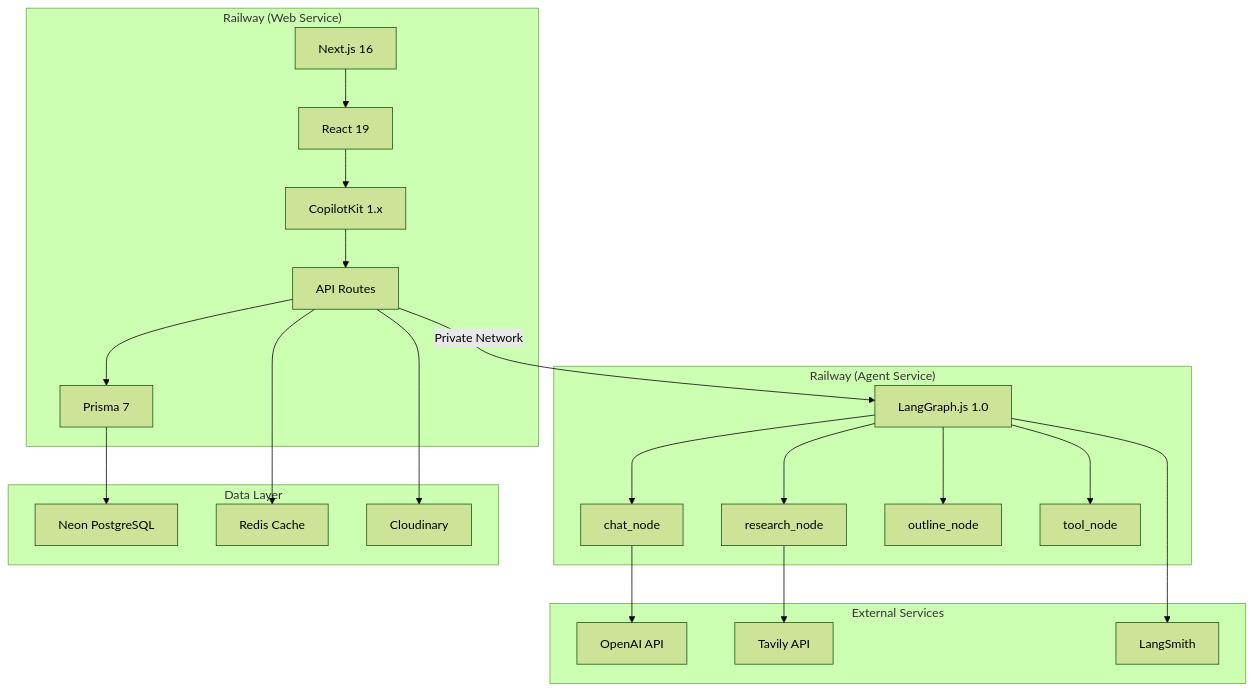
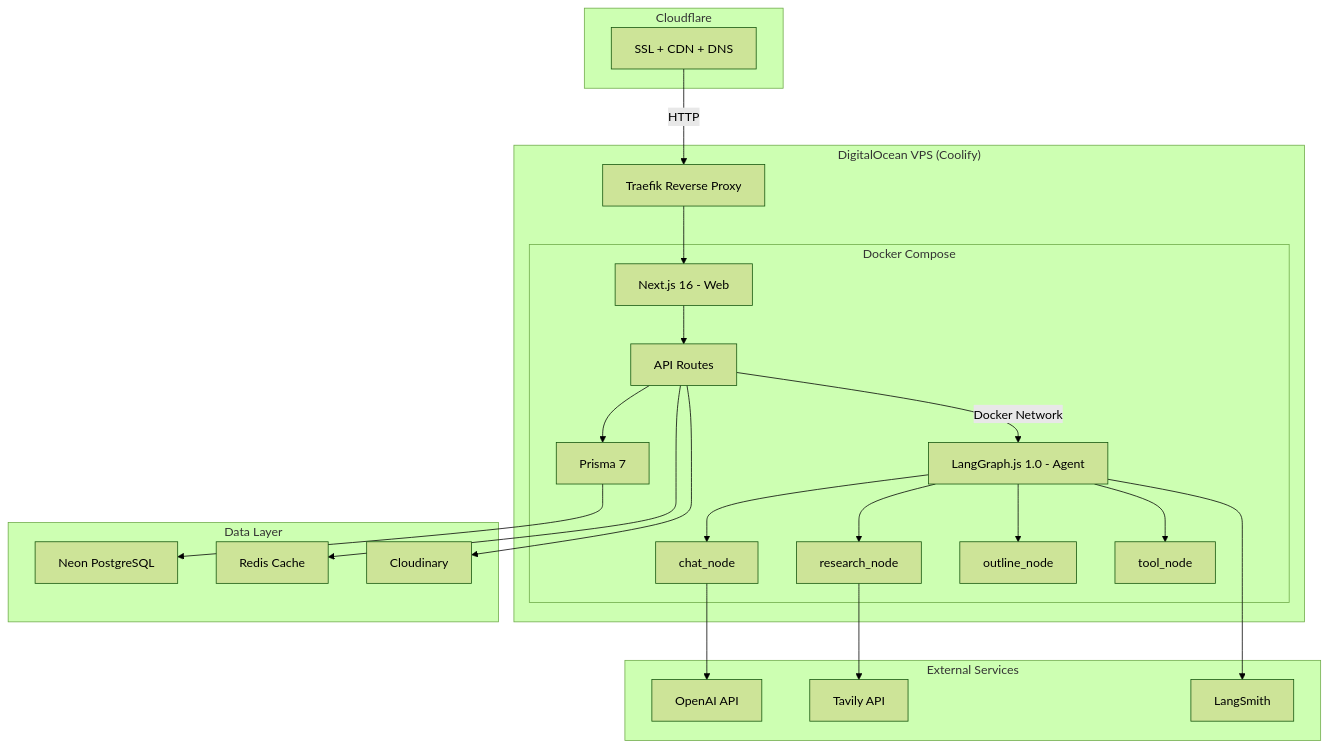
One commit to ChanMeng666/fanfic-lab changed the second of 5 diagrams in README.md. Above: the diagram before and after it, drawn with Mermaid (forest theme). The commit also changed other lines of this file and 1 other file, not shown here.

First line of the commit message:
docs: update README and CLAUDE.md for DigitalOcean + Coolify deployment

````diff
--- a/README.md
+++ b/README.md
@@ -287,36 +288,40 @@
 ```mermaid
 graph TB
-    subgraph "Railway (Web Service)"
-        A[Next.js 16] --> B[React 19]
-        B --> C[CopilotKit 1.x]
-        C --> D[API Routes]
-        D --> E[Prisma 7]
+    subgraph "Cloudflare"
+        CF[SSL + CDN + DNS]
     end
 
-    subgraph "Railway (Agent Service)"
-        F[LangGraph.js 1.0] --> G[chat_node]
-        F --> H[research_node]
-        F --> I[outline_node]
-        F --> J[tool_node]
+    subgraph "DigitalOcean VPS (Coolify)"
+        T[Traefik Reverse Proxy]
+        subgraph "Docker Compose"
+            A[Next.js 16 - Web] --> D[API Routes]
+            D --> E[Prisma 7]
+            F[LangGraph.js 1.0 - Agent] --> G[chat_node]
+            F --> H[research_node]
+            F --> I[outline_node]
+            F --> J[tool_node]
+        end
     end
 
     subgraph "External Services"
         K[OpenAI API]
         L[Tavily API]
         M[LangSmith]
     end
 
     subgraph "Data Layer"
         N[Neon PostgreSQL]
         O[Redis Cache]
         P[Cloudinary]
     end
 
-    D -->|Private Network| F
+    CF -->|HTTP| T
+    T --> A
+    D -->|Docker Network| F
     G --> K
     H --> L
     F --> M
     E --> N
     D --> O
     D --> P
 ```
````
